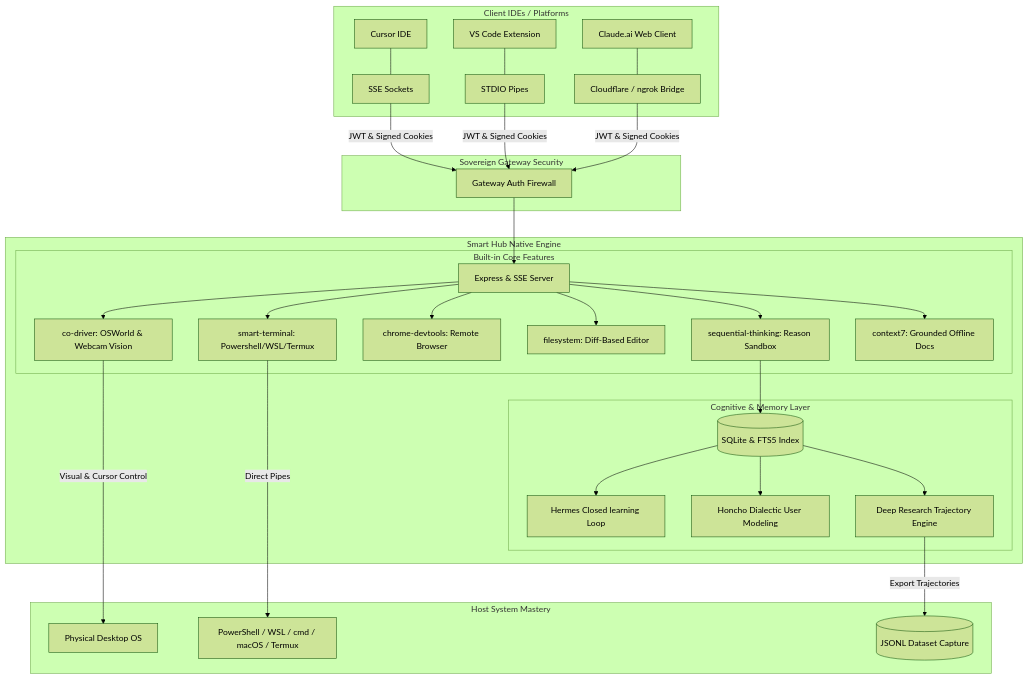
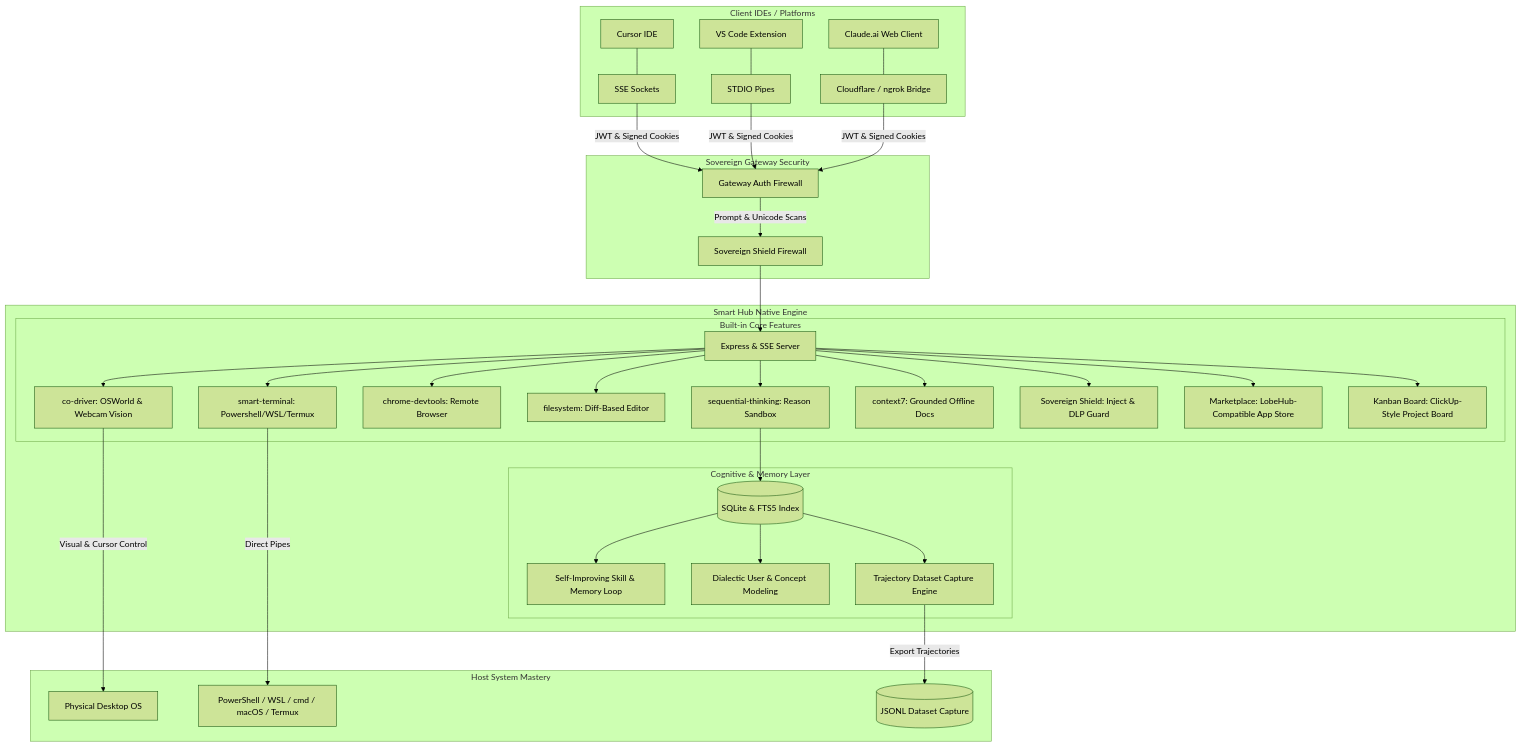
Before and after one commit to David2024patton/smart-hub: the diagram in README.md, drawn with Mermaid (forest theme). The commit also changed other lines of this file, not shown here.

````diff
--- a/README.md
+++ b/README.md
@@ -9,38 +9,42 @@
 ```mermaid
 graph TD
     subgraph Client IDEs / Platforms
         Cursor[Cursor IDE] --- SSE[SSE Sockets]
         VSCode[VS Code Extension] --- STDIO[STDIO Pipes]
         Claude[Claude.ai Web Client] --- Tunnel[Cloudflare / ngrok Bridge]
     end
 
     subgraph Sovereign Gateway Security
         SSE & STDIO & Tunnel -->|JWT & Signed Cookies| Gateway[Gateway Auth Firewall]
+        Gateway -->|Prompt & Unicode Scans| Shield[Sovereign Shield Firewall]
     end
 
     subgraph Smart Hub Native Engine
-        Gateway --> Server[Express & SSE Server]
+        Shield --> Server[Express & SSE Server]
         
         subgraph Built-in Core Features
             Server --> CoDriver[co-driver: OSWorld & Webcam Vision]
             Server --> Terminal[smart-terminal: Powershell/WSL/Termux]
             Server --> DevTools[chrome-devtools: Remote Browser]
             Server --> FS[filesystem: Diff-Based Editor]
             Server --> Logic[sequential-thinking: Reason Sandbox]
             Server --> Docs[context7: Grounded Offline Docs]
+            Server --> ShieldEngine[Sovereign Shield: Inject & DLP Guard]
+            Server --> Market[Marketplace: LobeHub-Compatible App Store]
+            Server --> Tasks[Kanban Board: ClickUp-Style Project Board]
         end
         
         subgraph Cognitive & Memory Layer
             Logic --> SQLite[(SQLite & FTS5 Index)]
-            SQLite --> Hermes[Hermes Closed learning Loop]
-            SQLite --> Honcho[Honcho Dialectic User Modeling]
-            SQLite --> Research[Deep Research Trajectory Engine]
+            SQLite --> SkillLoop[Self-Improving Skill & Memory Loop]
+            SQLite --> Dialectic[Dialectic User & Concept Modeling]
+            SQLite --> Research[Trajectory Dataset Capture Engine]
         end
     end
 
     subgraph Host System Mastery
         CoDriver -->|Visual & Cursor Control| Desktop[Physical Desktop OS]
         Terminal -->|Direct Pipes| Shells[PowerShell / WSL / cmd / macOS / Termux]
         Research -->|Export Trajectories| JSONL[(JSONL Dataset Capture)]
     end
 ```
````
